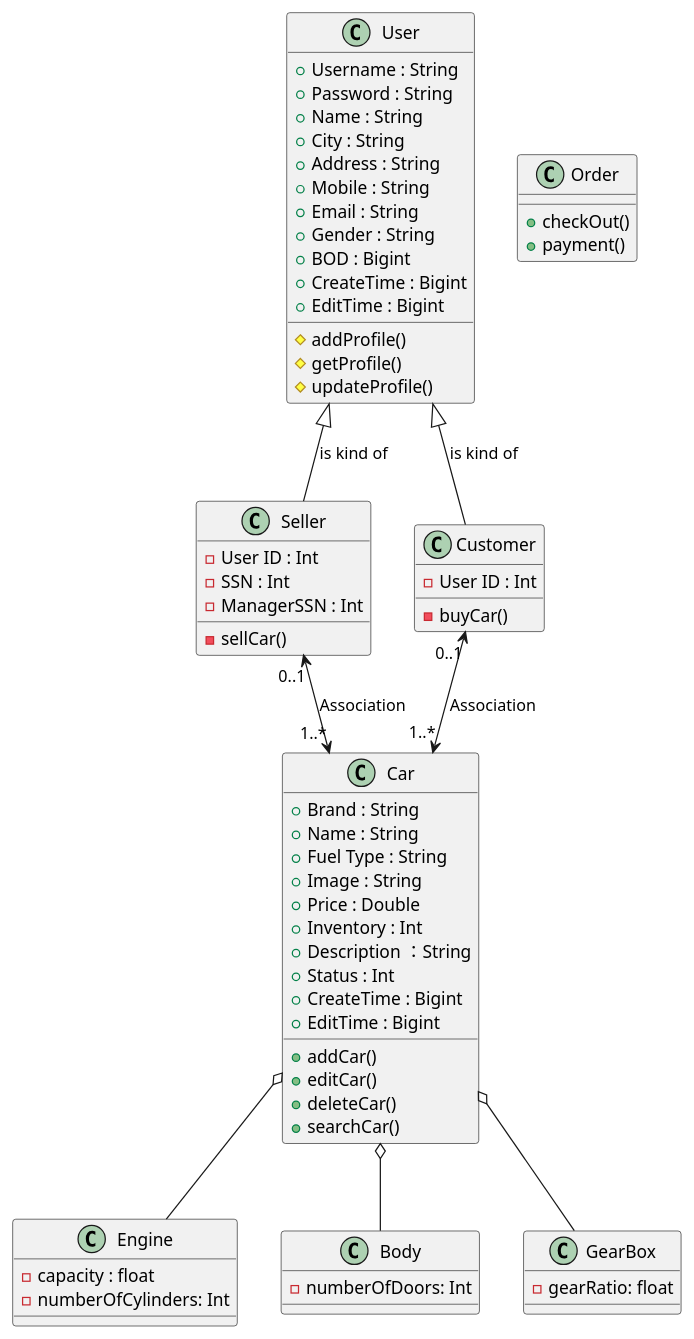
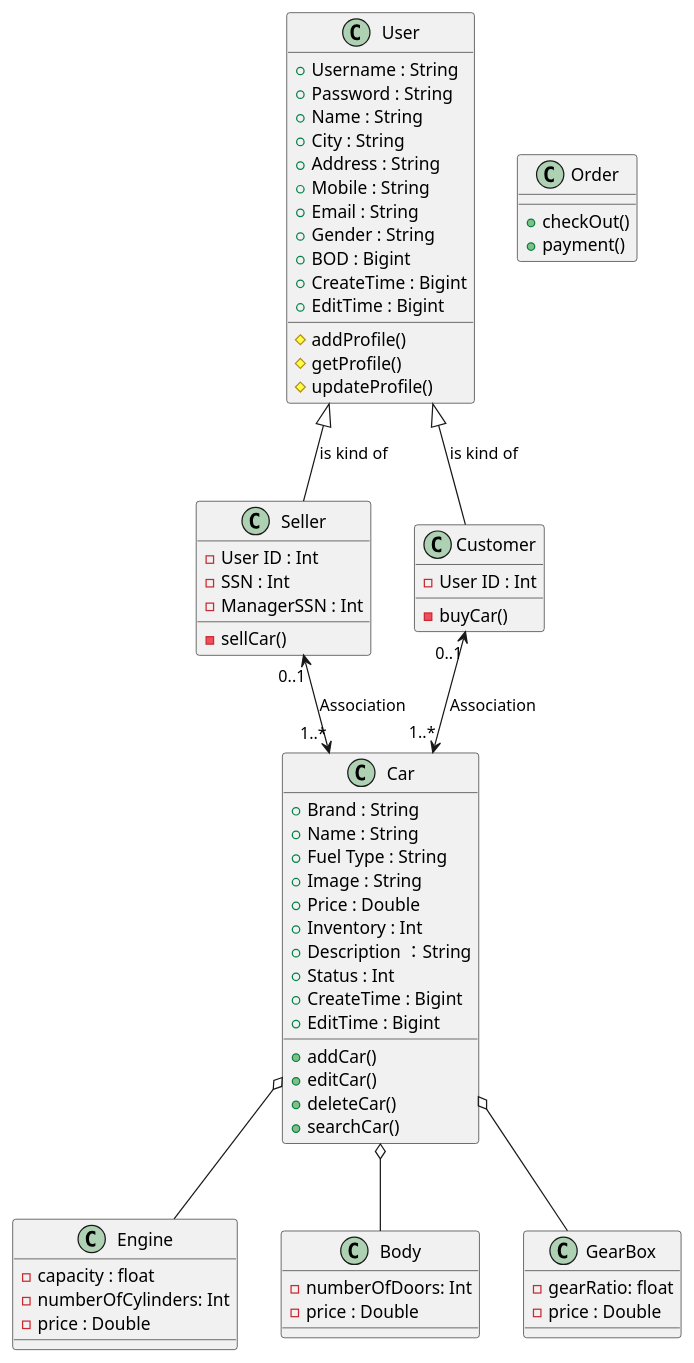
The diagram in uml/CarSaleSystem.puml (Caisen1988/phpunit), drawn with PlantUML before and after one commit. The commit also changed 1 other file, not shown here.

```diff
--- a/uml/CarSaleSystem.puml
+++ b/uml/CarSaleSystem.puml
@@ -1,74 +1,77 @@
 @startuml
  class Car {
   + Brand : String
   + Name : String
   + Fuel Type : String
   + Image : String
   + Price : Double
   + Inventory : Int
   + Description ：String
   + Status : Int
   + CreateTime : Bigint
   + EditTime : Bigint
   + addCar()
   + editCar()
   + deleteCar()
   + searchCar()
  }
 
  class Engine{
   - capacity : float
   - numberOfCylinders: Int
+  - price : Double
  }
 
  class Body{
   - numberOfDoors: Int
+  - price : Double
  }
  class GearBox{
   - gearRatio: float
+  - price : Double
  }
 
  class User {
   + Username : String
   + Password : String
   + Name : String
   + City : String
   + Address : String
   + Mobile : String
   + Email : String
   + Gender : String
   + BOD : Bigint
   + CreateTime : Bigint
   + EditTime : Bigint
   # addProfile()
   # getProfile()
   # updateProfile()
  }
 
  class Seller{
     - User ID : Int
     - SSN : Int
     - ManagerSSN : Int
     - sellCar()
  }
 
  class Customer{
     - User ID : Int
     - buyCar()
  }
 
  class Order{
     +checkOut()
     +payment()
  }
 
 
  User <|-- Seller : is kind of
  User <|-- Customer : is kind of
  Seller    "0..1"<-->"1..*" Car : Association
  Customer  "0..1"<-->"1..*" Car : Association
  Car o-- Engine
  Car o-- Body
  Car o-- GearBox
 
 @enduml
```
